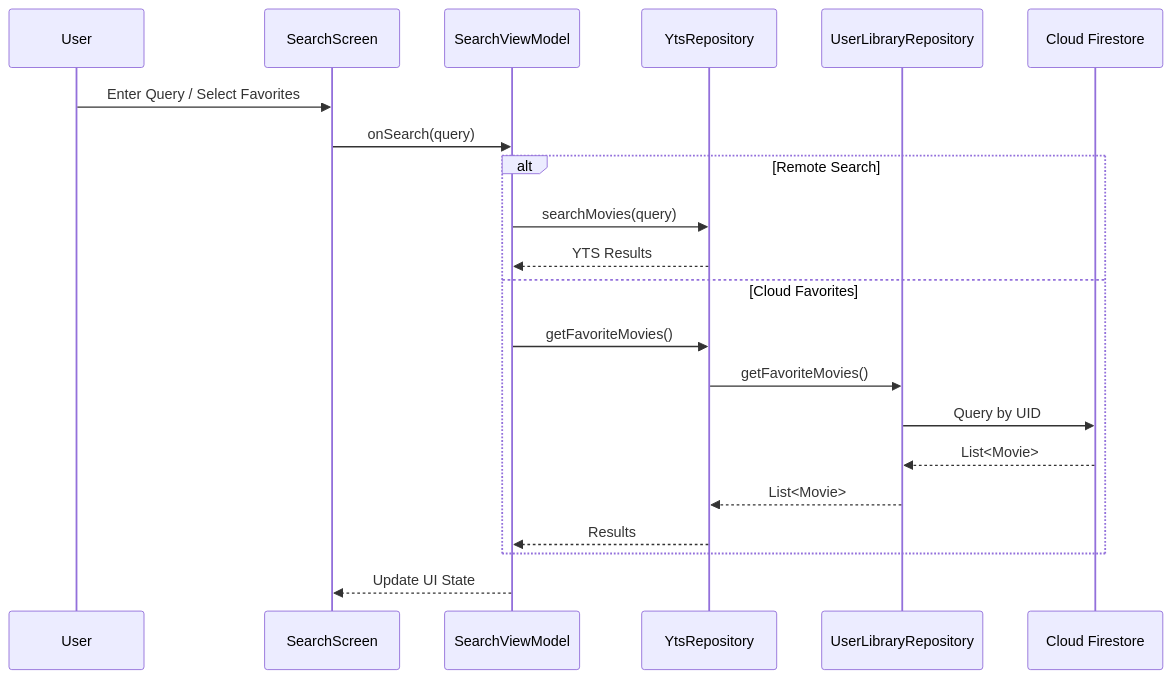
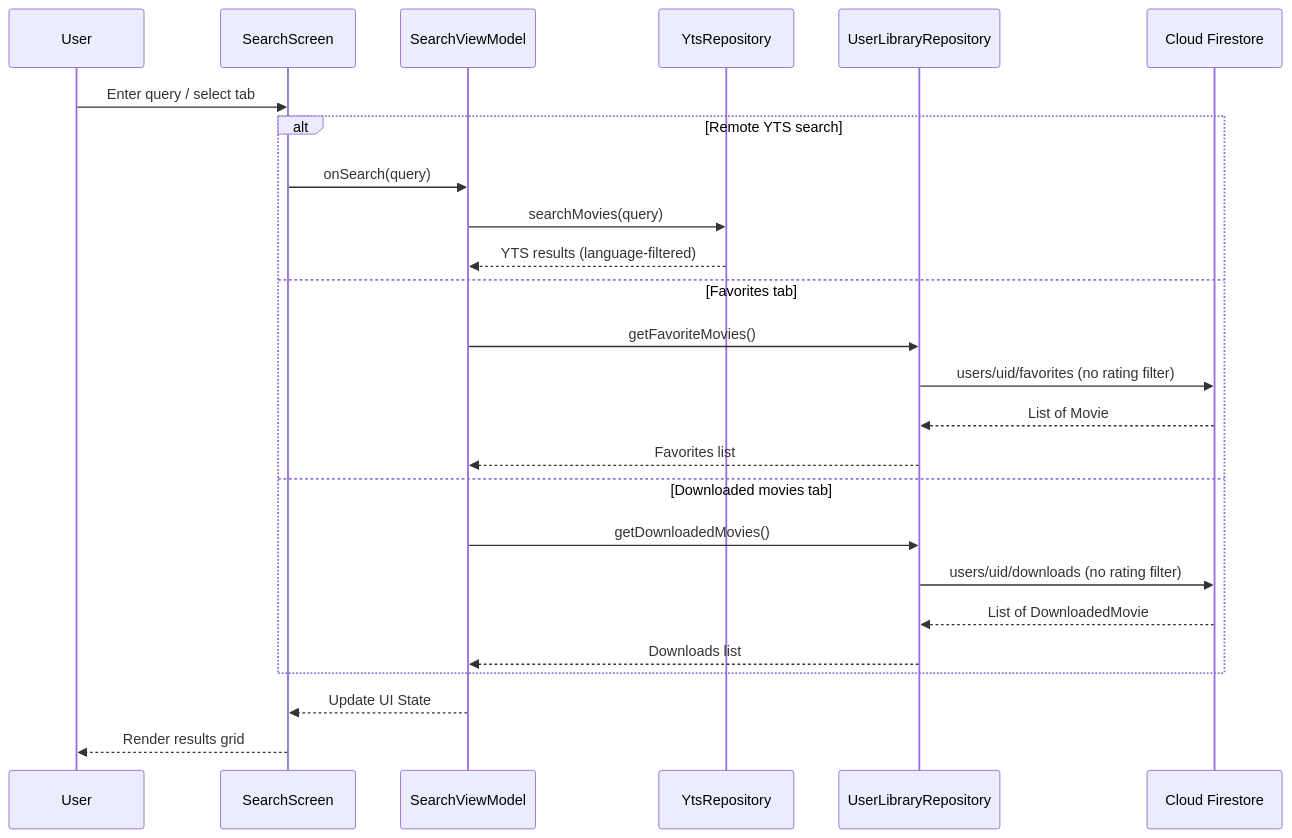
One commit to martinrevert/LaTorrentola changed the sixth of 8 diagrams in ARCHITECTURE.md. Above: the diagram before and after it, drawn with Mermaid. The commit also changed other lines of this file and 2 other files, not shown here.

````diff
--- a/ARCHITECTURE.md
+++ b/ARCHITECTURE.md
@@ -208,24 +339,28 @@
 ```mermaid
 sequenceDiagram
     participant U as User
     participant SS as SearchScreen
     participant VM as SearchViewModel
     participant R as YtsRepository
     participant UR as UserLibraryRepository
     participant FS as Cloud Firestore
 
-    U->>SS: Enter Query / Select Favorites
-    SS->>VM: onSearch(query)
-    alt Remote Search
+    U->>SS: Enter query / select tab
+    alt Remote YTS search
+        SS->>VM: onSearch(query)
         VM->>R: searchMovies(query)
-        R-->>VM: YTS Results
-    else Cloud Favorites
-        VM->>R: getFavoriteMovies()
-        R->>UR: getFavoriteMovies()
-        UR->>FS: Query by UID
-        FS-->>UR: List<Movie>
-        UR-->>R: List<Movie>
-        R-->>VM: Results
+        R-->>VM: YTS results (language-filtered)
+    else Favorites tab
+        VM->>UR: getFavoriteMovies()
+        UR->>FS: users/uid/favorites (no rating filter)
+        FS-->>UR: List of Movie
+        UR-->>VM: Favorites list
+    else Downloaded movies tab
+        VM->>UR: getDownloadedMovies()
+        UR->>FS: users/uid/downloads (no rating filter)
+        FS-->>UR: List of DownloadedMovie
+        UR-->>VM: Downloads list
     end
     VM-->>SS: Update UI State
+    SS-->>U: Render results grid
 ```
````
